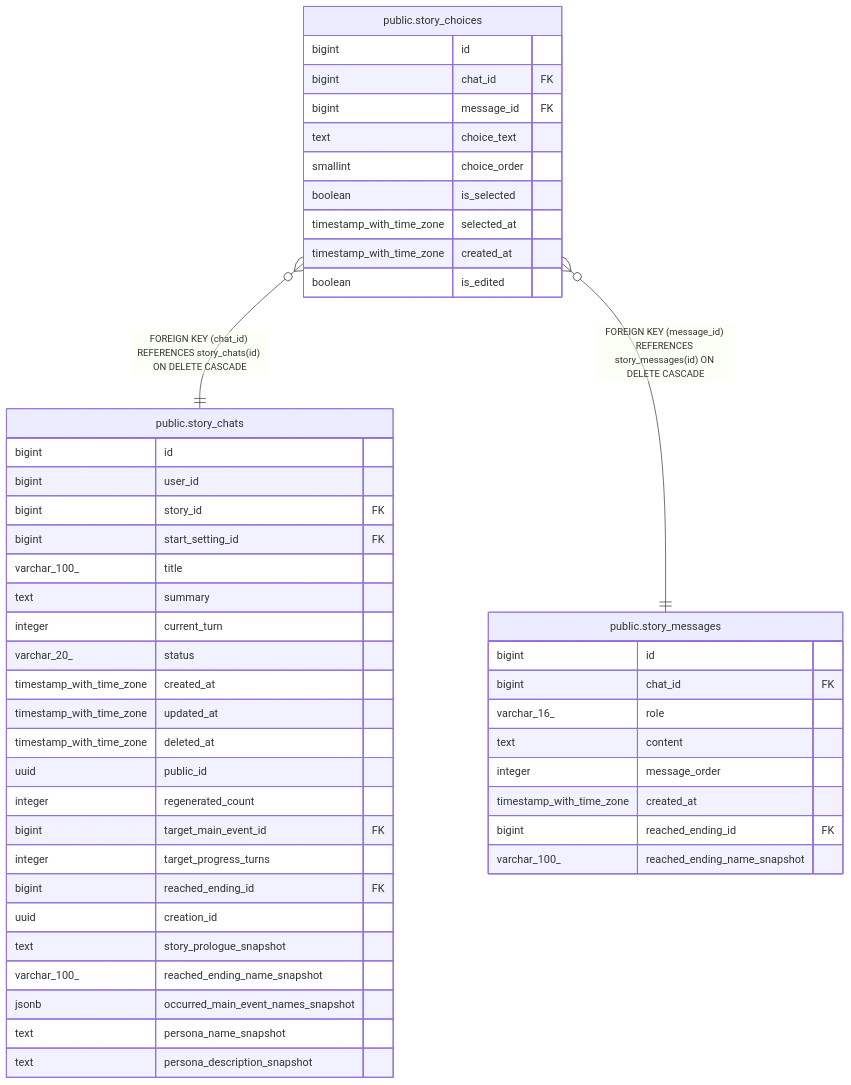
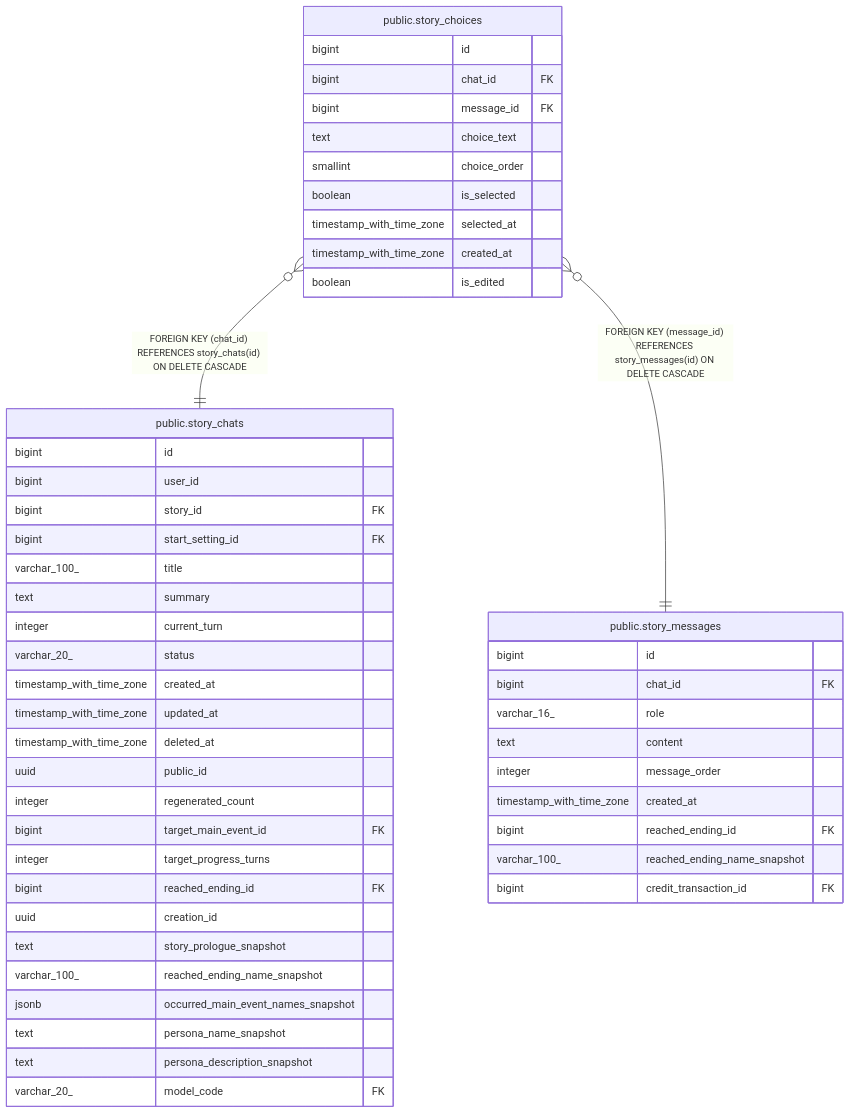
Before and after one commit to KIM-N-KANG/manyak-server: the diagram in dbdoc/public.story_choices.md, drawn with Mermaid. The commit also changed 70 other files, not shown here.

````diff
--- a/dbdoc/public.story_choices.md
+++ b/dbdoc/public.story_choices.md
@@ -38,52 +38,54 @@
 ```mermaid
 erDiagram
 
 "public.story_choices" }o--|| "public.story_chats" : "FOREIGN KEY (chat_id) REFERENCES story_chats(id) ON DELETE CASCADE"
 "public.story_choices" }o--|| "public.story_messages" : "FOREIGN KEY (message_id) REFERENCES story_messages(id) ON DELETE CASCADE"
 
 "public.story_choices" {
   bigint id
   bigint chat_id FK
   bigint message_id FK
   text choice_text
   smallint choice_order
   boolean is_selected
   timestamp_with_time_zone selected_at
   timestamp_with_time_zone created_at
   boolean is_edited
 }
 "public.story_chats" {
   bigint id
   bigint user_id
   bigint story_id FK
   bigint start_setting_id FK
   varchar_100_ title
   text summary
   integer current_turn
   varchar_20_ status
   timestamp_with_time_zone created_at
   timestamp_with_time_zone updated_at
   timestamp_with_time_zone deleted_at
   uuid public_id
   integer regenerated_count
   bigint target_main_event_id FK
   integer target_progress_turns
   bigint reached_ending_id FK
   uuid creation_id
   text story_prologue_snapshot
   varchar_100_ reached_ending_name_snapshot
   jsonb occurred_main_event_names_snapshot
   text persona_name_snapshot
   text persona_description_snapshot
+  varchar_20_ model_code FK
 }
 "public.story_messages" {
   bigint id
   bigint chat_id FK
   varchar_16_ role
   text content
   integer message_order
   timestamp_with_time_zone created_at
   bigint reached_ending_id FK
   varchar_100_ reached_ending_name_snapshot
+  bigint credit_transaction_id FK
 }
 ```
````
